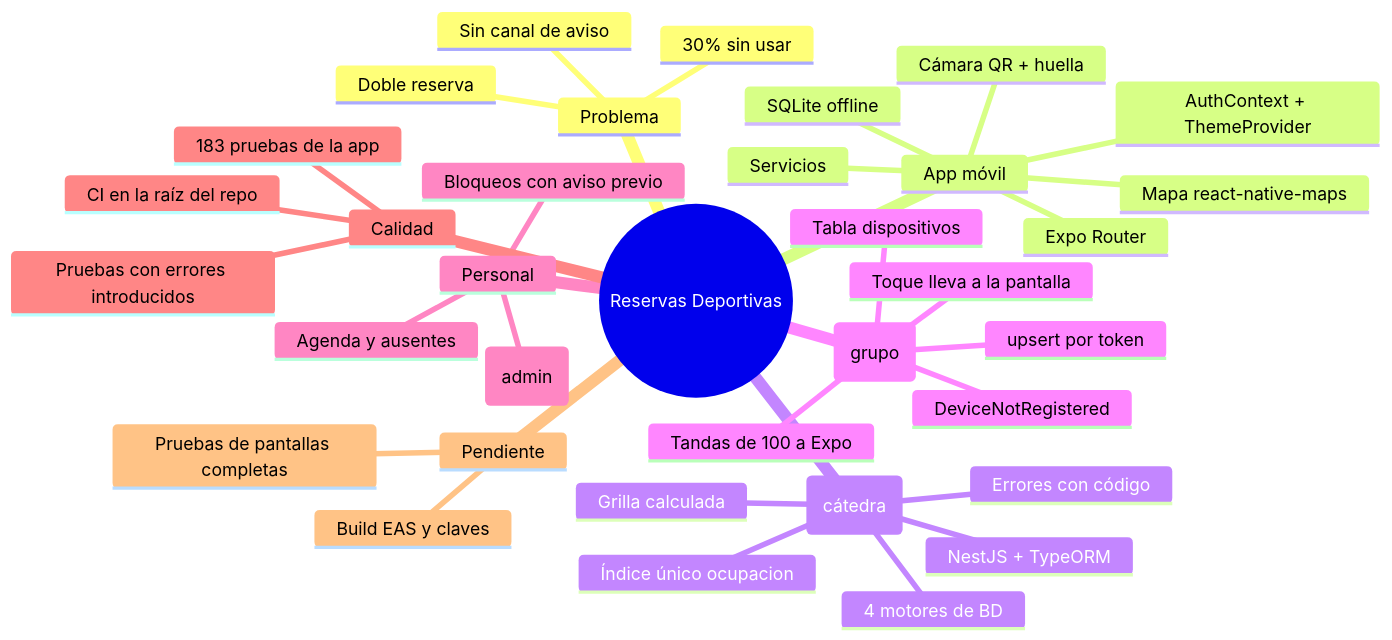
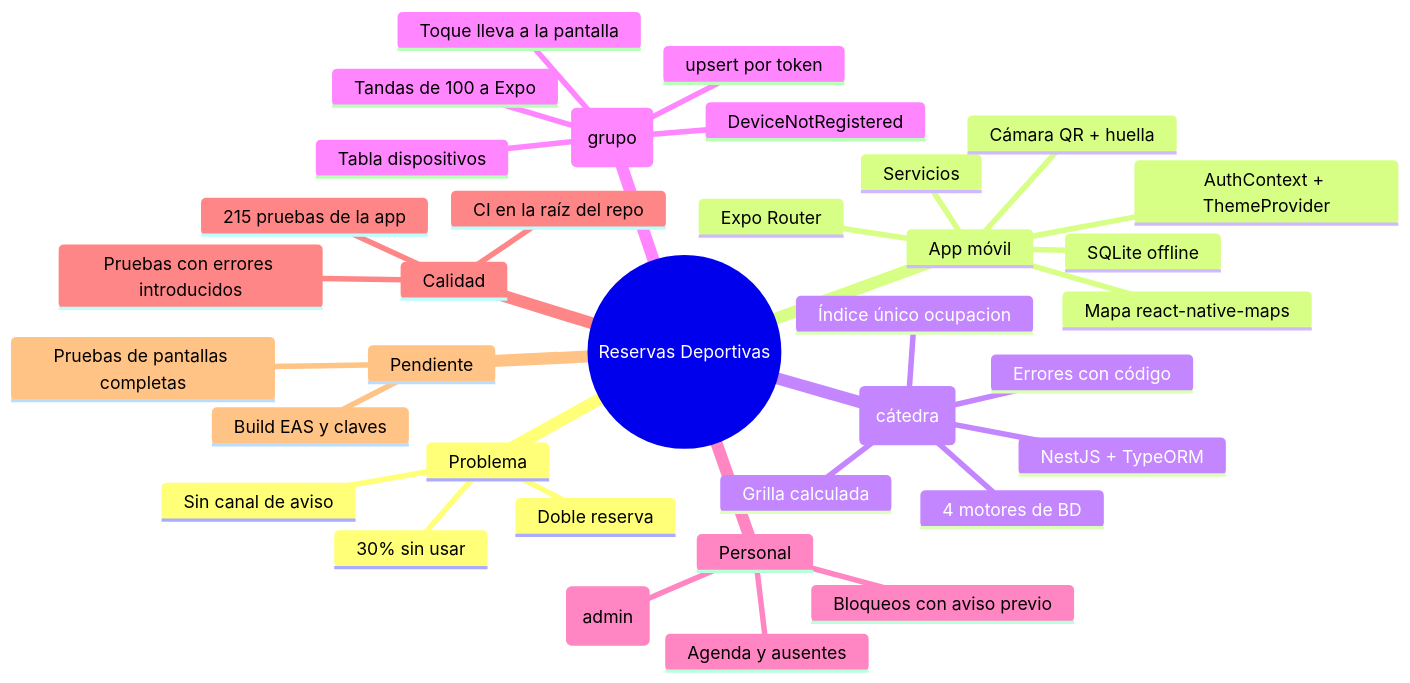
Before and after one commit to lucas12cn/proyecto-final-reservas: the diagram in docs/09-guia-de-defensa.md, drawn with Mermaid. The commit also changed other lines of this file and 27 other files, not shown here.

````diff
--- a/docs/09-guia-de-defensa.md
+++ b/docs/09-guia-de-defensa.md
@@ -276,38 +286,38 @@
 ```mermaid
 mindmap
   root((Reservas Deportivas))
     Problema
       Doble reserva
       Sin canal de aviso
       30% sin usar
     App móvil
       Expo Router
       AuthContext + ThemeProvider
       Servicios
       SQLite offline
       Cámara QR + huella
       Mapa react-native-maps
     API (cátedra)
       NestJS + TypeORM
       Grilla calculada
       Índice único ocupacion
       Errores con código
       4 motores de BD
     Push (grupo)
       Tabla dispositivos
       upsert por token
       Tandas de 100 a Expo
       DeviceNotRegistered
       Toque lleva a la pantalla
     Personal
       Agenda y ausentes
       Bloqueos con aviso previo
       Fijas y precios (admin)
     Calidad
-      183 pruebas de la app
+      215 pruebas de la app
       Pruebas con errores introducidos
       CI en la raíz del repo
     Pendiente
       Build EAS y claves
       Pruebas de pantallas completas
 ```
````
